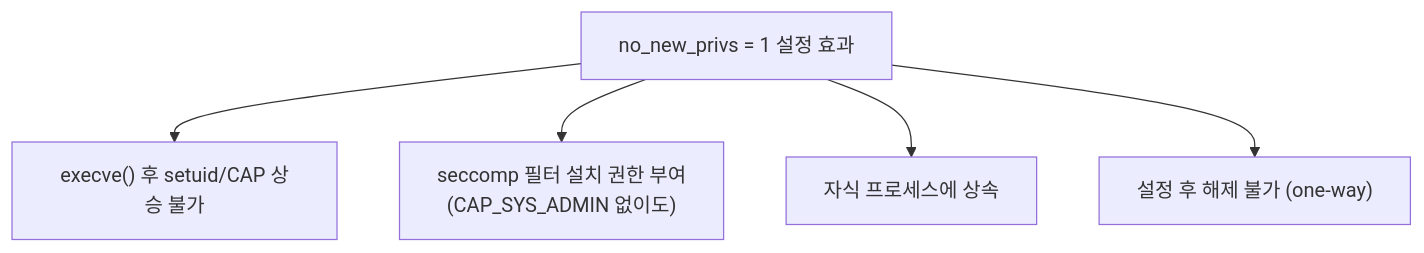
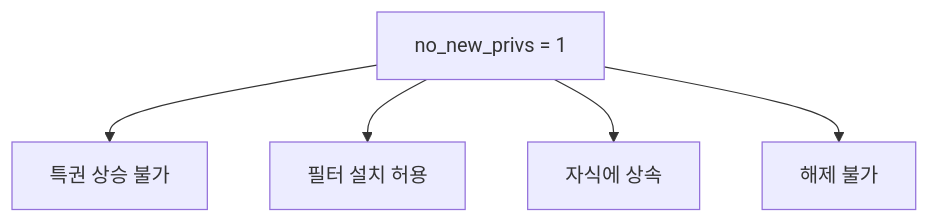
The first of 3 diagrams in content/linux/linux-security/seccomp.md (moonblueblue/devops-wiki), drawn with Mermaid before and after one commit. The commit also changed other lines of this file and 37 other files, not shown here.

First line of the commit message:
style: linux 카테고리 ASCII 도표·Mermaid 라벨 형식 교정

````diff
--- a/content/linux/linux-security/seccomp.md
+++ b/content/linux/linux-security/seccomp.md
@@ -131,8 +131,8 @@
 ```mermaid
 graph TD
-    ROOT["no_new_privs = 1 설정 효과"]
-    ROOT --> A["execve() 후 setuid/CAP 상승 불가"]
-    ROOT --> B["seccomp 필터 설치 권한 부여<br/>(CAP_SYS_ADMIN 없이도)"]
-    ROOT --> C["자식 프로세스에 상속"]
-    ROOT --> D["설정 후 해제 불가 (one-way)"]
+    ROOT["no_new_privs = 1"]
+    ROOT --> A["특권 상승 불가"]
+    ROOT --> B["필터 설치 허용"]
+    ROOT --> C["자식에 상속"]
+    ROOT --> D["해제 불가"]
 ```
````
